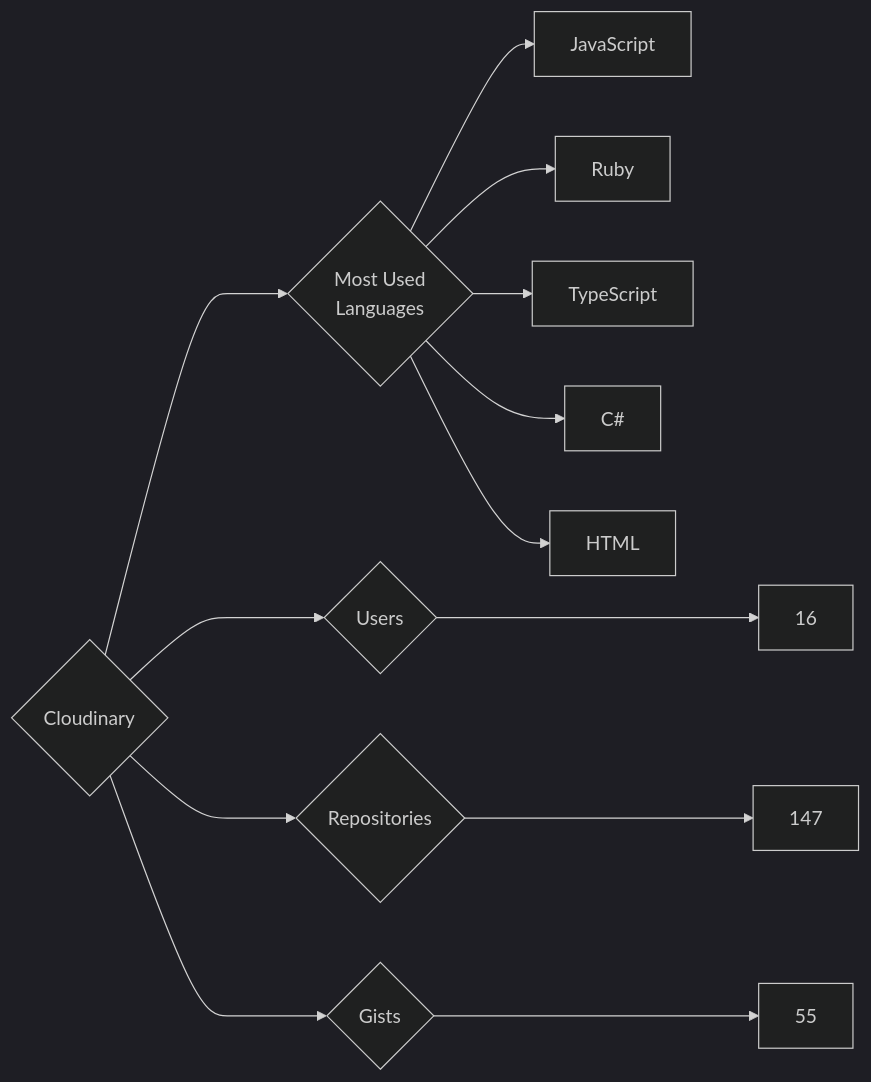
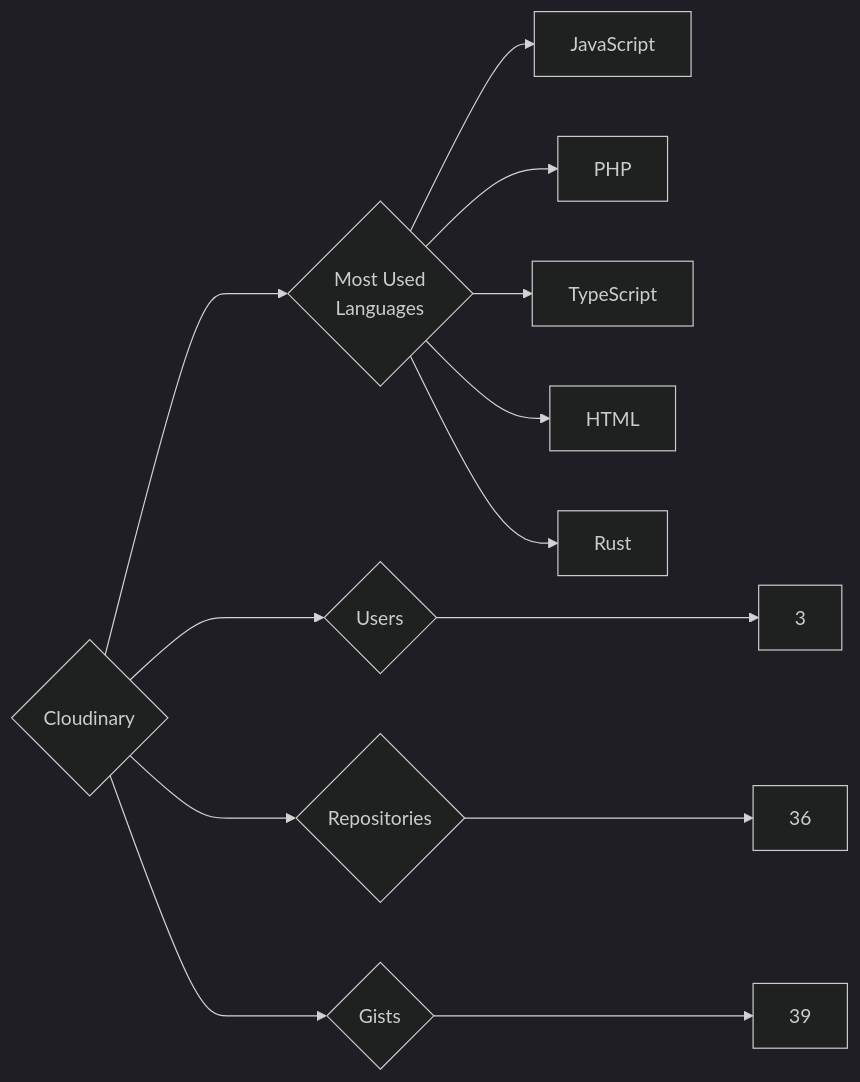
One commit to trickest/insiders changed the diagram in targets/Cloudinary/README.md. Above: the diagram before and after it, drawn with Mermaid (dark theme). The commit also changed 845 other files, not shown here.

````diff
--- a/targets/Cloudinary/README.md
+++ b/targets/Cloudinary/README.md
@@ -3,13 +3,13 @@
 ```mermaid
 graph LR
 COMPANY_NAME{Cloudinary}
-COMPANY_NAME ---> U{Users} ---> UN[16]
-COMPANY_NAME ---> R{Repositories} ---> RN[147]
-COMPANY_NAME ---> G{Gists} ---> GN[55]
+COMPANY_NAME ---> U{Users} ---> UN[3]
+COMPANY_NAME ---> R{Repositories} ---> RN[36]
+COMPANY_NAME ---> G{Gists} ---> GN[39]
 COMPANY_NAME ---> ML{Most Used<br>Languages}
 ML --> JavaScript[JavaScript]
-ML --> Ruby[Ruby]
+ML --> PHP[PHP]
 ML --> TypeScript[TypeScript]
-ML --> C#[C#]
 ML --> HTML[HTML]
+ML --> Rust[Rust]
 ```
````
